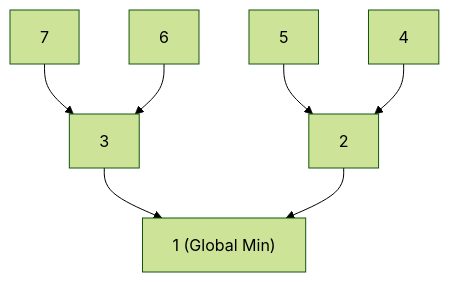
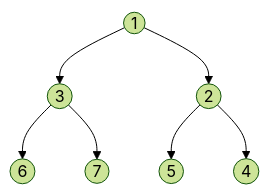
The diagram in src/content/notes/CS61B/lecture-21.md (easonlines2007/easonlin-blog), drawn with Mermaid (forest theme) before and after one commit. The commit also changed other lines of this file and 230 other files, not shown here.

````diff
--- a/src/content/notes/CS61B/lecture-21.md
+++ b/src/content/notes/CS61B/lecture-21.md
@@ -52,10 +66,9 @@
 ```mermaid
 graph TD
-    N1["1 (Global Min)"]
-    N3["3"] --> N1
-    N2["2"] --> N1
-    N7["7"] --> N3
-    N6["6"] --> N3
-    N5["5"] --> N2
-    N4["4"] --> N2
+    1((1)) --> 3((3))
+    1 --> 2((2))
+    3 --> 6((6))
+    3 --> 7((7))
+    2 --> 5((5))
+    2 --> 4((4))
 ```
````
